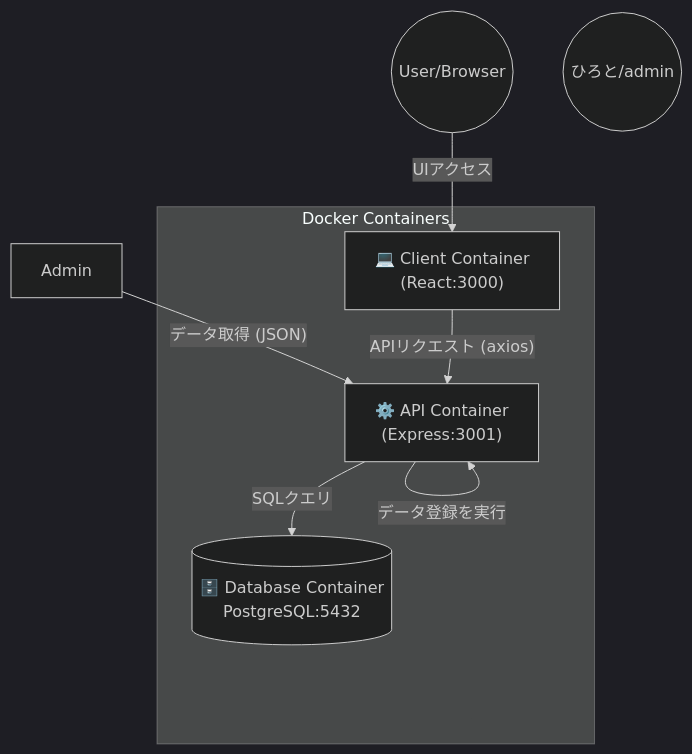
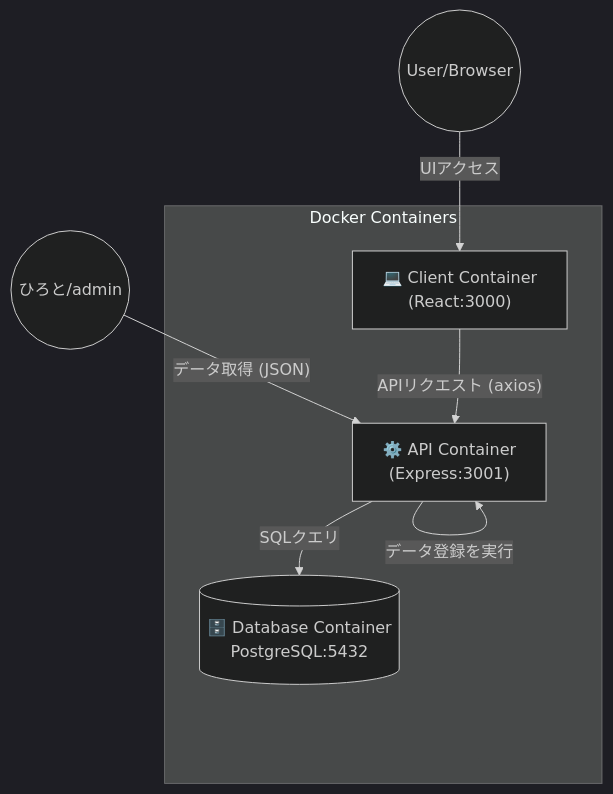
The diagram in README.md (ieuko/Team-Ohtani), drawn with Mermaid (dark theme) before and after one commit.

````diff
--- a/README.md
+++ b/README.md
@@ -10,18 +10,18 @@
 ```mermaid
 graph TD
     User((User/Browser))
 
-    admin((ひろと/admin))
+    Admin((ひろと/admin))
     
     subgraph "Docker Containers"
         Client["💻 Client Container<br/>(React:3000)"]
         API["⚙️ API Container<br/>(Express:3001)"]
         DB[("🗄️ Database Container<br/>PostgreSQL:5432")]
     end
 
     User -- "UIアクセス" --> Client
     Admin -- "データ取得 (JSON)" --> API
     Client -- "APIリクエスト (axios)" --> API
     API -- "SQLクエリ" --> DB
     API -- "データ登録を実行" --> API
 ```
````
